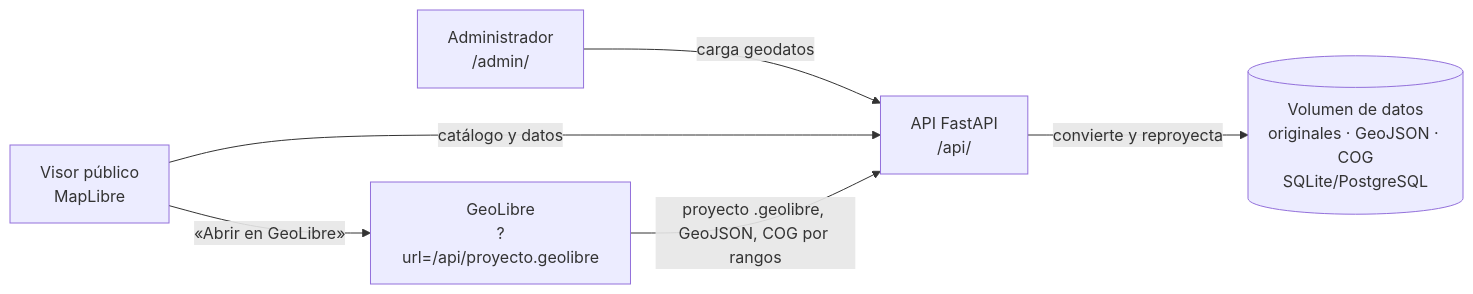
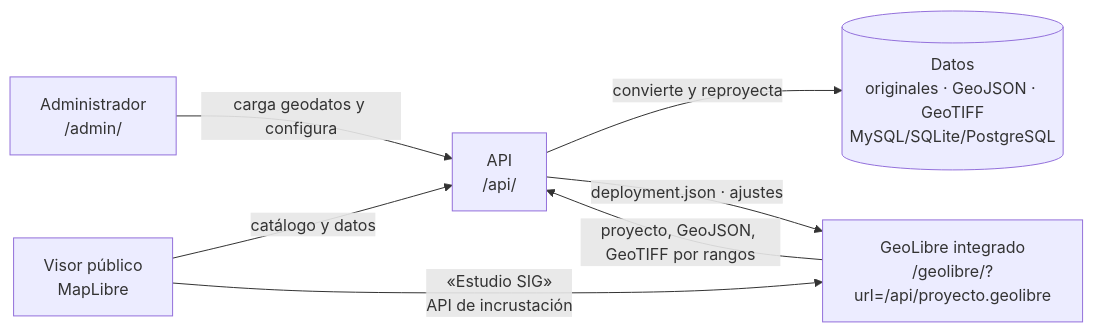
The diagram in README.md (GobernaciondeNarino/app-ambiente), drawn with Mermaid before and after one commit. The commit also changed other lines of this file and 14 other files, not shown here.

First line of the commit message:
Política robusta del Estudio SIG, lista blanca de complementos y documentación

````diff
--- a/README.md
+++ b/README.md
@@ -18,8 +23,9 @@
 ```mermaid
 flowchart LR
-  A[Administrador<br>/admin/] -- carga geodatos --> API
-  API[API FastAPI<br>/api/] -- convierte y reproyecta --> D[(Volumen de datos<br>originales · GeoJSON · COG<br>SQLite/PostgreSQL)]
+  A[Administrador<br>/admin/] -- carga geodatos y configura --> API
+  API[API<br>/api/] -- convierte y reproyecta --> D[(Datos<br>originales · GeoJSON · GeoTIFF<br>MySQL/SQLite/PostgreSQL)]
+  API -- deployment.json · ajustes --> G
   V[Visor público<br>MapLibre] -- catálogo y datos --> API
-  V -- «Abrir en GeoLibre» --> G[GeoLibre<br>?url=/api/proyecto.geolibre]
-  G -- proyecto .geolibre, GeoJSON, COG por rangos --> API
+  V -- «Estudio SIG»<br>API de incrustación --> G[GeoLibre integrado<br>/geolibre/?url=/api/proyecto.geolibre]
+  G -- proyecto, GeoJSON, GeoTIFF por rangos --> API
 ```
````
